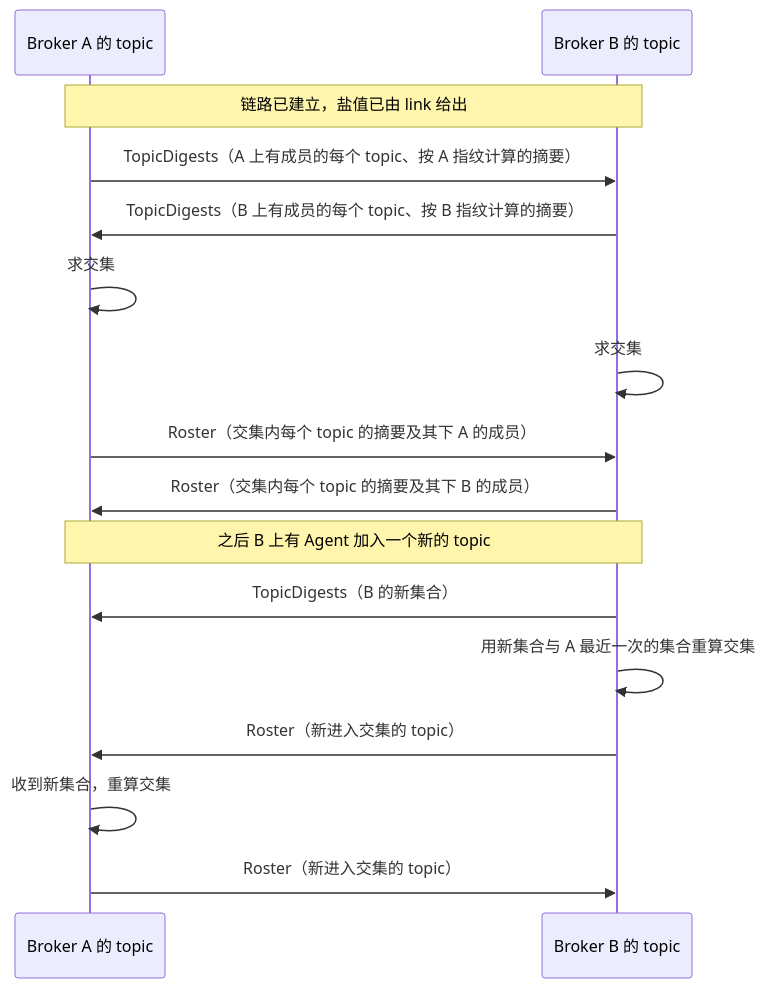
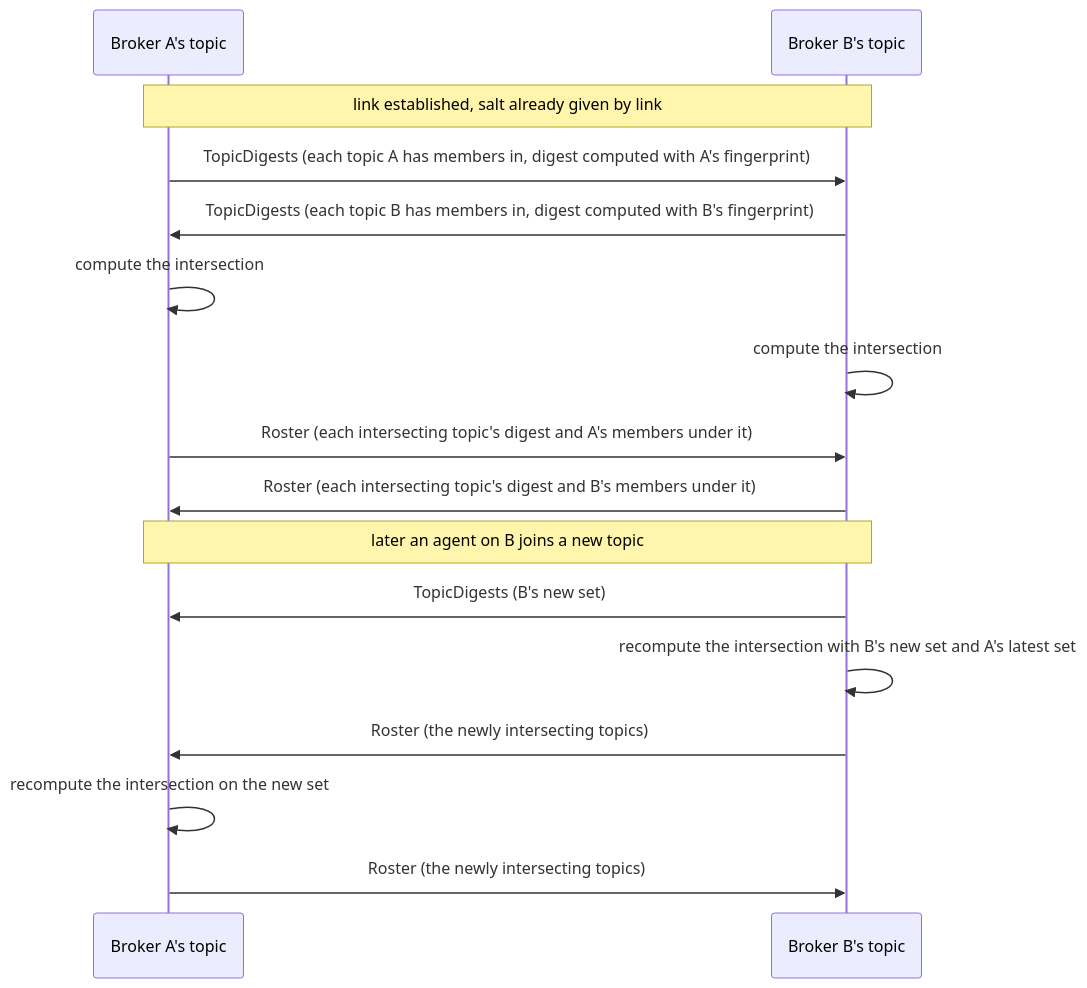
One commit to wangzw/peers changed the diagram in docs/design/modules/design-topic.md. Above: the diagram before and after it, drawn with Mermaid. The commit also changed other lines of this file, not shown here.

Commit message:
docs(design): translate the topic module design to English

````diff
--- a/docs/design/modules/design-topic.md
+++ b/docs/design/modules/design-topic.md
@@ -92,18 +95,18 @@
 ```mermaid
 sequenceDiagram
-    participant A as Broker A 的 topic
-    participant B as Broker B 的 topic
-    Note over A,B: 链路已建立，盐值已由 link 给出
-    A->>B: TopicDigests（A 上有成员的每个 topic、按 A 指纹计算的摘要）
-    B->>A: TopicDigests（B 上有成员的每个 topic、按 B 指纹计算的摘要）
-    A->>A: 求交集
-    B->>B: 求交集
-    A->>B: Roster（交集内每个 topic 的摘要及其下 A 的成员）
-    B->>A: Roster（交集内每个 topic 的摘要及其下 B 的成员）
-    Note over A,B: 之后 B 上有 Agent 加入一个新的 topic
-    B->>A: TopicDigests（B 的新集合）
-    B->>B: 用新集合与 A 最近一次的集合重算交集
-    B->>A: Roster（新进入交集的 topic）
-    A->>A: 收到新集合，重算交集
-    A->>B: Roster（新进入交集的 topic）
+    participant A as Broker A's topic
+    participant B as Broker B's topic
+    Note over A,B: link established, salt already given by link
+    A->>B: TopicDigests (each topic A has members in, digest computed with A's fingerprint)
+    B->>A: TopicDigests (each topic B has members in, digest computed with B's fingerprint)
+    A->>A: compute the intersection
+    B->>B: compute the intersection
+    A->>B: Roster (each intersecting topic's digest and A's members under it)
+    B->>A: Roster (each intersecting topic's digest and B's members under it)
+    Note over A,B: later an agent on B joins a new topic
+    B->>A: TopicDigests (B's new set)
+    B->>B: recompute the intersection with B's new set and A's latest set
+    B->>A: Roster (the newly intersecting topics)
+    A->>A: recompute the intersection on the new set
+    A->>B: Roster (the newly intersecting topics)
 ```
````
